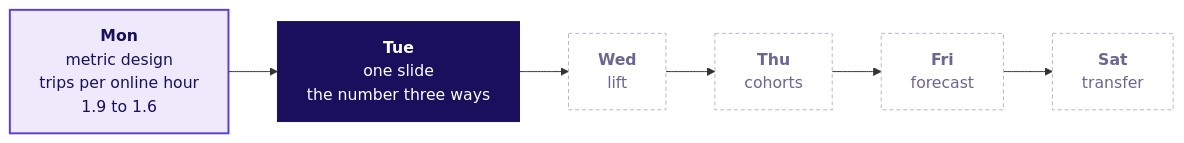
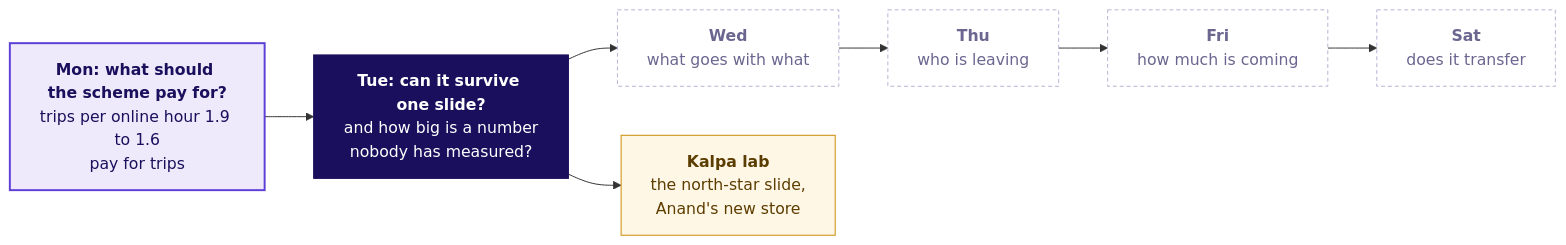
One commit to fde-academy-lab/c2-content-factory changed the first of 5 diagrams in content/W04/D2/slides/C2_W04_D02_half1_STUDENT.md. Above: the diagram before and after it, drawn with Mermaid. The commit also changed other lines of this file and 8 other files, not shown here.

````diff
--- a/content/W04/D2/slides/C2_W04_D02_half1_STUDENT.md
+++ b/content/W04/D2/slides/C2_W04_D02_half1_STUDENT.md
@@ -45,16 +48,20 @@
 ```mermaid
 flowchart LR
-    M["<b>Mon</b><br/>metric design<br/>trips per online hour<br/>1.9 to 1.6"]
-    T["<b>Tue</b><br/>one slide<br/>the number three ways"]
-    W["<b>Wed</b><br/>lift"]
-    H["<b>Thu</b><br/>cohorts"]
-    F["<b>Fri</b><br/>forecast"]
-    S["<b>Sat</b><br/>transfer"]
+    M["<b>Mon: what should the scheme pay for?</b><br/>trips per online hour 1.9 to 1.6<br/>pay for trips"]
+    T["<b>Tue: can it survive one slide?</b><br/>and how big is a number<br/>nobody has measured?"]
+    W["<b>Wed</b><br/>what goes with what"]
+    H["<b>Thu</b><br/>who is leaving"]
+    F["<b>Fri</b><br/>how much is coming"]
+    S["<b>Sat</b><br/>does it transfer"]
+    K["<b>Kalpa lab</b><br/>the north-star slide,<br/>Anand's new store"]
     M --> T --> W --> H --> F --> S
+    T --> K
     classDef lit fill:#1A0F5C,stroke:#1A0F5C,color:#FFFFFF
     classDef known fill:#EEEAFB,stroke:#5B3FD6,color:#1A0F5C,stroke-width:2px
     classDef unknown fill:#FFFFFF,stroke:#B8B2D6,color:#6B6690,stroke-dasharray:4 3
+    classDef kalpa fill:#FFF7E6,stroke:#C98A00,color:#5C3D00
     class M known
     class T lit
     class W,H,F,S unknown
+    class K kalpa
 ```
````
